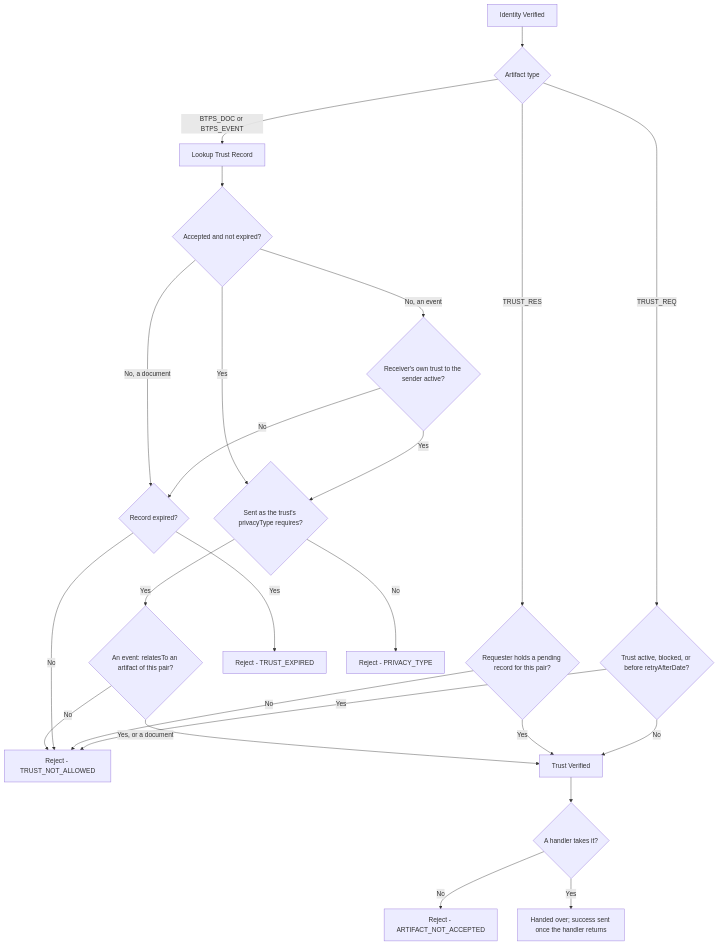
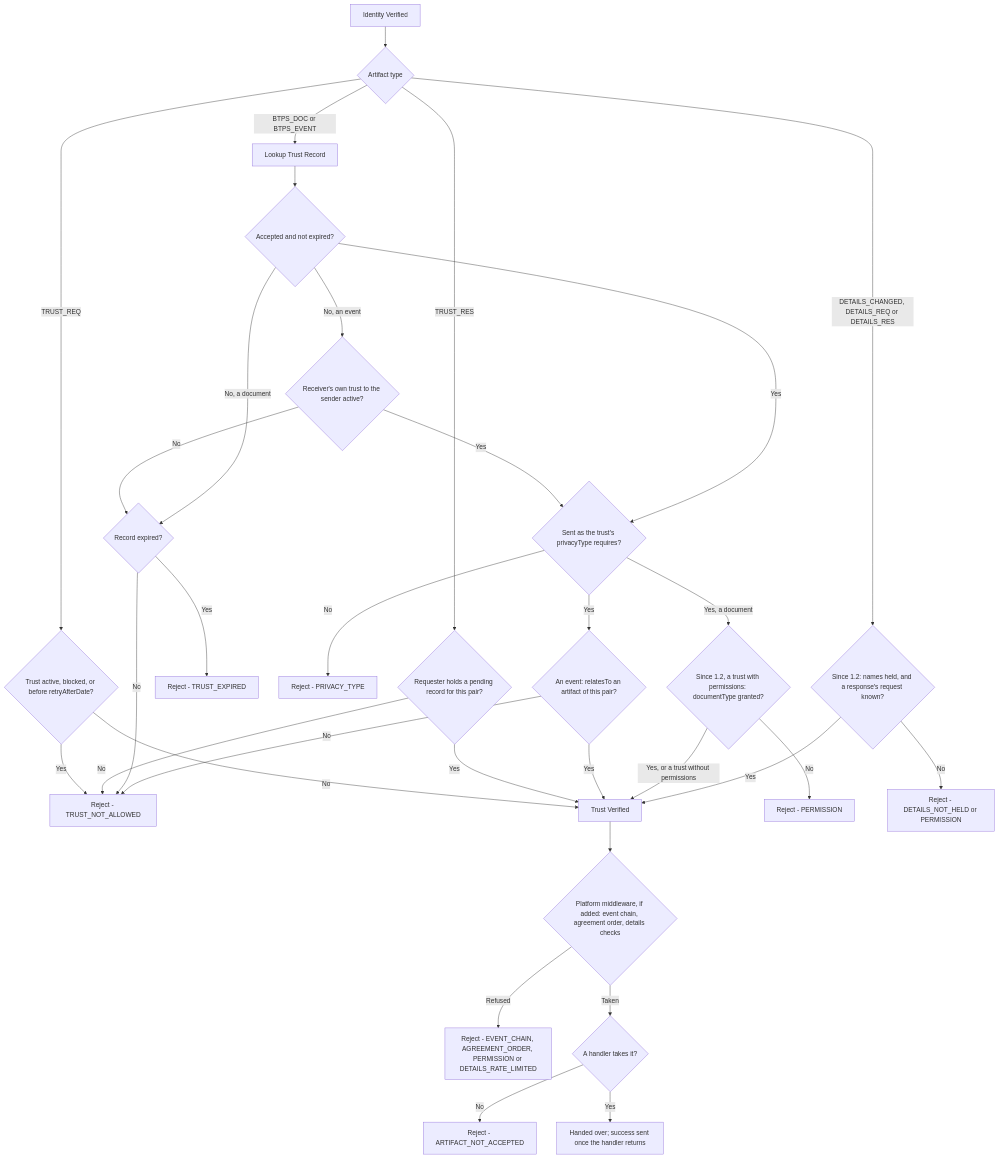
Before and after one commit to openbtps/btps-node: the sixth of 7 diagrams in docs/docusaurus/docs/protocol/messageFlow.md, drawn with Mermaid. The commit also changed other lines of this file and 32 other files, not shown here.

````diff
--- a/docs/docusaurus/docs/protocol/messageFlow.md
+++ b/docs/docusaurus/docs/protocol/messageFlow.md
@@ -286,26 +302,34 @@
 ```mermaid
 graph TD
     A[Identity Verified] --> T{Artifact type}
     T -->|TRUST_REQ| R1{Trust active, blocked, or before retryAfterDate?}
     R1 -->|Yes| H[Reject - TRUST_NOT_ALLOWED]
     R1 -->|No| G[Trust Verified]
     T -->|TRUST_RES| S1{Requester holds a pending record for this pair?}
     S1 -->|No| H
     S1 -->|Yes| G
     T -->|BTPS_DOC or BTPS_EVENT| B[Lookup Trust Record]
     B --> F{Accepted and not expired?}
     F -->|No, an event| E1{Receiver's own trust to the sender active?}
     E1 -->|Yes| P
     E1 -->|No| RF{Record expired?}
     F -->|No, a document| RF
     RF -->|Yes| X[Reject - TRUST_EXPIRED]
     RF -->|No| H
     F -->|Yes| P{Sent as the trust's privacyType requires?}
     P -->|No| PX[Reject - PRIVACY_TYPE]
     P -->|Yes| EV{An event: relatesTo an artifact of this pair?}
     EV -->|No| H
-    EV -->|Yes, or a document| G
-    G --> HD{A handler takes it?}
+    EV -->|Yes| G
+    P -->|Yes, a document| DT{"Since 1.2, a trust with permissions: documentType granted?"}
+    DT -->|No| DX[Reject - PERMISSION]
+    DT -->|Yes, or a trust without permissions| G
+    T -->|DETAILS_CHANGED, DETAILS_REQ or DETAILS_RES| D1{"Since 1.2: names held, and a response's request known?"}
+    D1 -->|No| DX2[Reject - DETAILS_NOT_HELD or PERMISSION]
+    D1 -->|Yes| G
+    G --> MW{"Platform middleware, if added: event chain, agreement order, details checks"}
+    MW -->|Refused| MX[Reject - EVENT_CHAIN, AGREEMENT_ORDER, PERMISSION or DETAILS_RATE_LIMITED]
+    MW -->|Taken| HD{A handler takes it?}
     HD -->|No| NA[Reject - ARTIFACT_NOT_ACCEPTED]
     HD -->|Yes| OK[Handed over; success sent once the handler returns]
 ```
````
